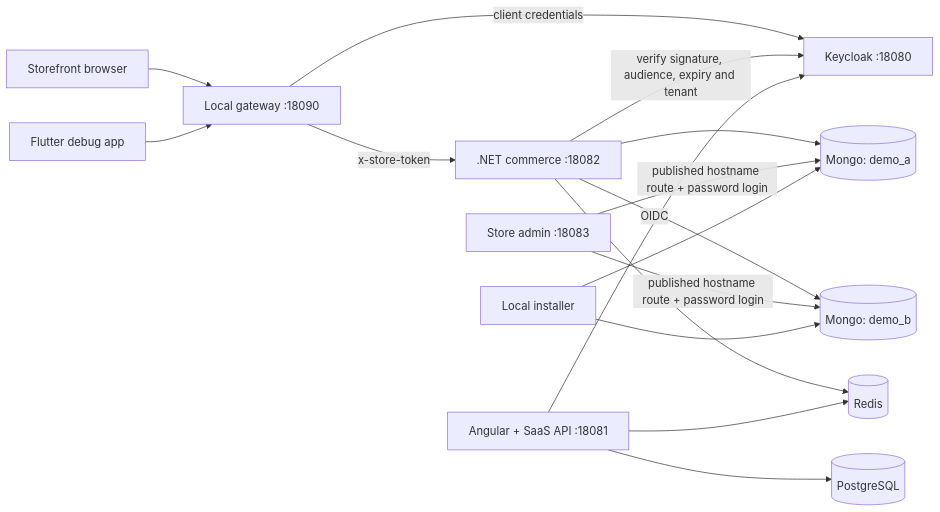
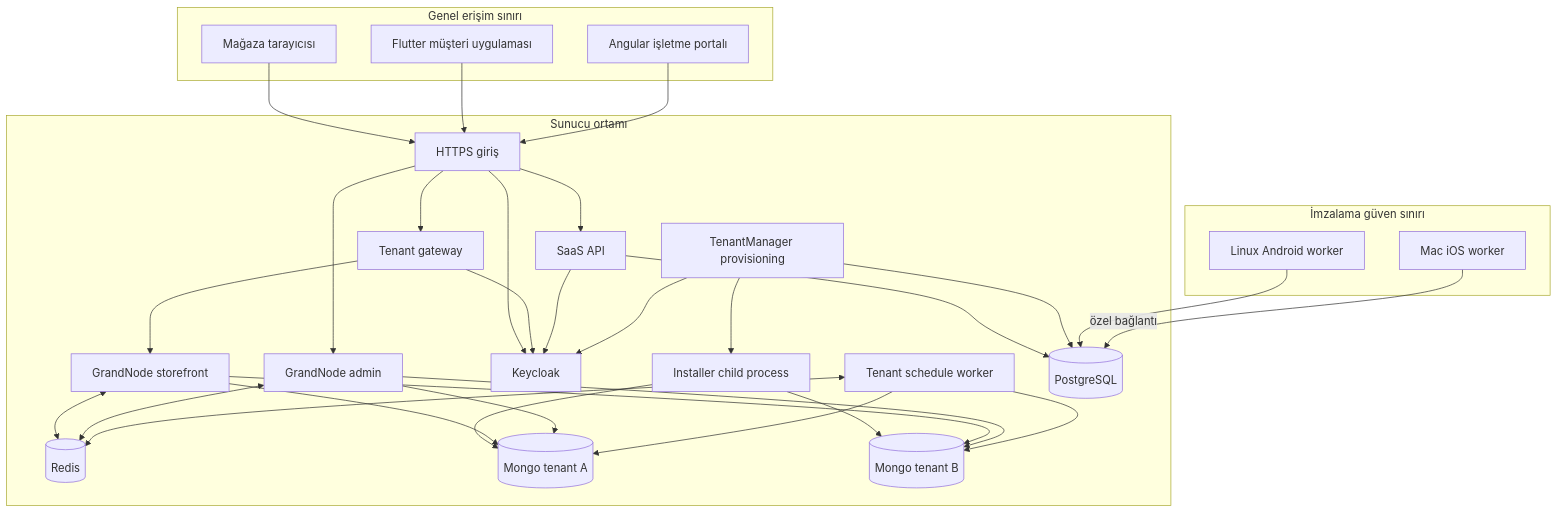
One commit to osman-kabasakal/multi-tenant-commerce-platform changed the second of 6 diagrams in docs/ARCHITECTURE.md. Above: the diagram before and after it, drawn with Mermaid. The commit also changed other lines of this file and 66 other files, not shown here.

````diff
--- a/docs/ARCHITECTURE.md
+++ b/docs/ARCHITECTURE.md
@@ -5,18 +25,54 @@
 ```mermaid
-flowchart LR
-    Browser[Storefront browser] --> Gateway[Local gateway :18090]
-    Mobile[Flutter debug app] --> Gateway
-    Gateway -->|client credentials| KC[Keycloak :18080]
-    Gateway -->|x-store-token| Commerce[.NET commerce :18082]
-    Commerce -->|verify signature, audience, expiry and tenant| KC
-    Commerce --> A[(Mongo: demo_a)]
-    Commerce --> B[(Mongo: demo_b)]
-    Admin[Store admin :18083] -->|published hostname route + password login| A
-    Admin -->|published hostname route + password login| B
-    SaaS[Angular + SaaS API :18081] -->|OIDC| KC
-    SaaS --> PG[(PostgreSQL)]
-    Commerce --> Redis[(Redis)]
-    SaaS --> Redis
-    Installer[Local installer] --> A
-    Installer --> B
+flowchart TB
+    subgraph Public[Genel erişim sınırı]
+      Browser[Mağaza tarayıcısı]
+      App[Flutter müşteri uygulaması]
+      Portal[Angular işletme portalı]
+    end
+    subgraph Server[Sunucu ortamı]
+      Entry[HTTPS giriş]
+      GW[Tenant gateway]
+      Web[GrandNode storefront]
+      Admin[GrandNode admin]
+      SaaS[SaaS API]
+      KC[Keycloak]
+      W[TenantManager provisioning]
+      Task[Tenant schedule worker]
+      Installer[Installer child process]
+      Redis[(Redis)]
+      PG[(PostgreSQL)]
+      MA[(Mongo tenant A)]
+      MB[(Mongo tenant B)]
+      Entry --> GW
+      Entry --> Admin
+      Entry --> SaaS
+      Entry --> KC
+      GW --> Web
+      GW --> KC
+      SaaS --> KC
+      SaaS --> PG
+      W --> PG
+      W --> Installer
+      W --> KC
+      Installer --> MA
+      Installer --> MB
+      Web --> MA
+      Web --> MB
+      Admin --> MA
+      Admin --> MB
+      Task --> MA
+      Task --> MB
+      Web <--> Redis
+      Admin <--> Redis
+      Task <--> Redis
+    end
+    subgraph Build[İmzalama güven sınırı]
+      Android[Linux Android worker]
+      IOS[Mac iOS worker]
+    end
+    Browser --> Entry
+    App --> Entry
+    Portal --> Entry
+    Android --> PG
+    IOS -->|özel bağlantı| PG
 ```
````
